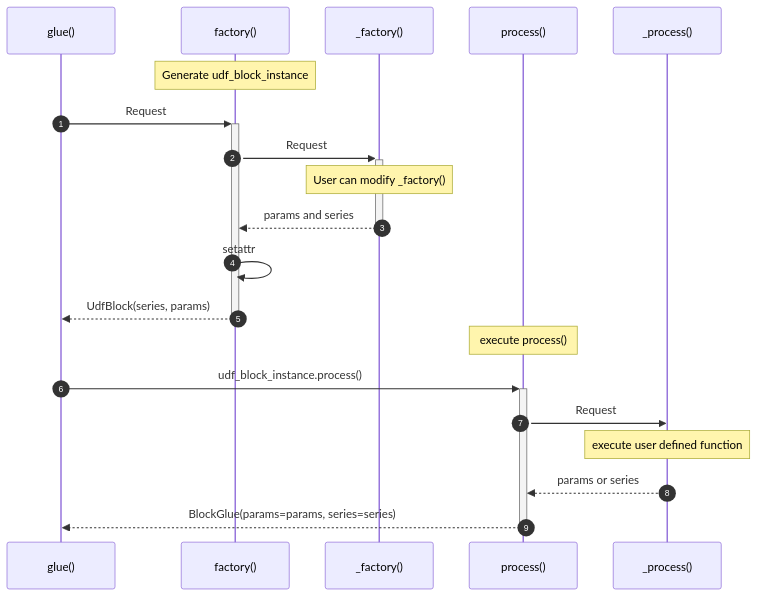
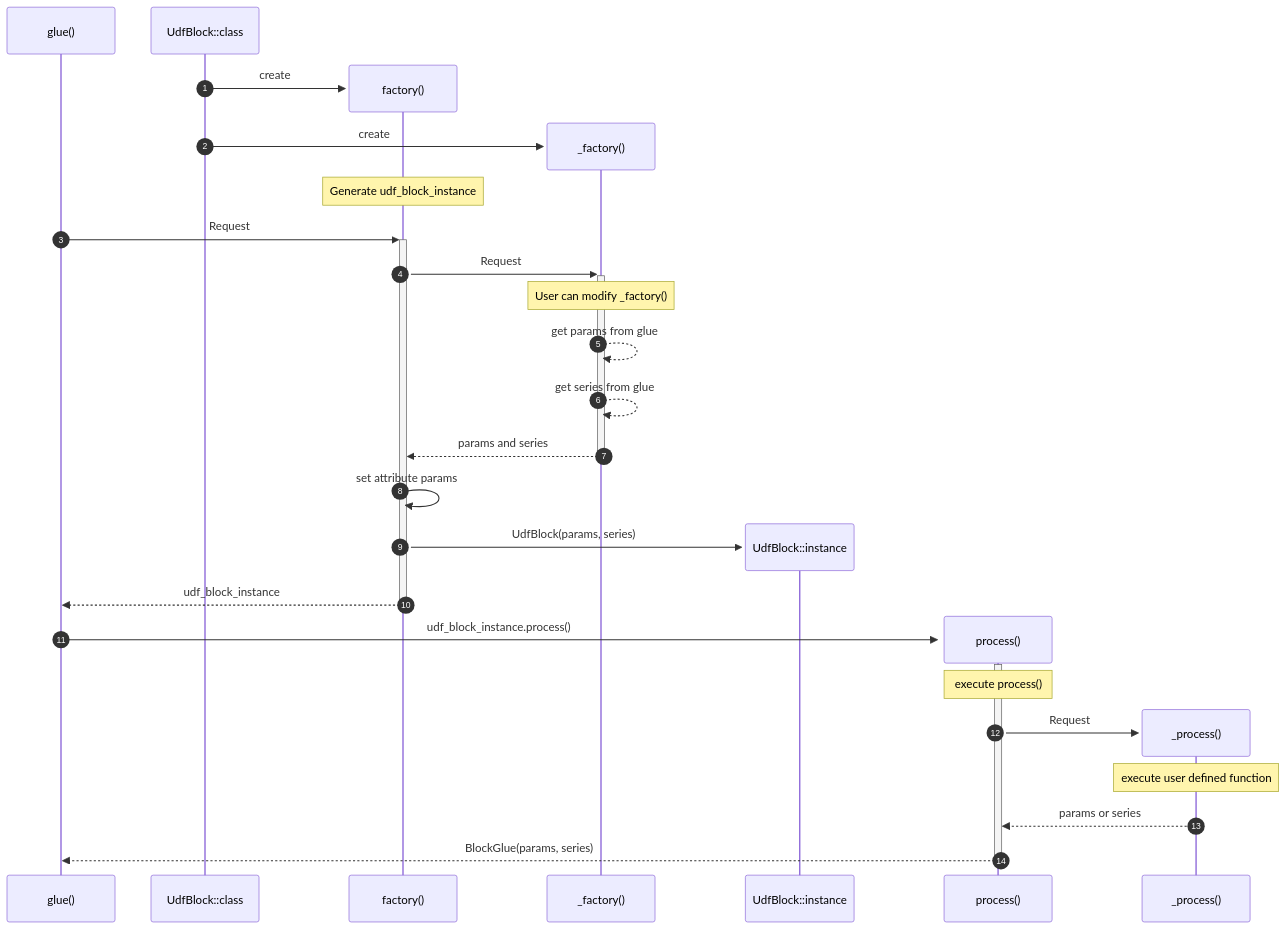
One commit to gsy0911/kabutobashi changed the diagram in README.md. Above: the diagram before and after it, drawn with Mermaid.

Commit message:
#208 modify diagram

````diff
--- a/README.md
+++ b/README.md
@@ -95,22 +95,29 @@
 ```mermaid
 sequenceDiagram
   autonumber
   participant G as glue()
-  participant S1 as factory()
-  participant S2 as _factory()
-  participant P1 as process()
-  participant P2 as _process()
+  participant UC as UdfBlock::class
+  create participant S1 as factory()
+  UC->>S1: create
+  create participant S2 as _factory()
+  UC->>S2: create
   Note over S1: Generate udf_block_instance
   G->>+S1: Request
   S1->>+S2: Request
   Note over S2: User can modify _factory()
+  S2-->>S2: get params from glue
+  S2-->>S2: get series from glue
   S2-->>-S1: params and series
-  S1->>S1: setattr
-  S1-->>-G: UdfBlock(series, params)
+  S1->>S1: set attribute params
+  create participant UI as UdfBlock::instance
+  S1->>UI: UdfBlock(params, series)
+  S1-->>-G: udf_block_instance
+  create participant P1 as process()
+  G->>+P1: udf_block_instance.process()
   Note over P1: execute process()
-  G->>+P1: udf_block_instance.process()
+  create participant P2 as _process()
   P1->>P2: Request
   Note over P2: execute user defined function
   P2-->>P1: params or series
-  P1-->>-G: BlockGlue(params=params, series=series)
+  P1-->>-G: BlockGlue(params, series)
 ```
````
